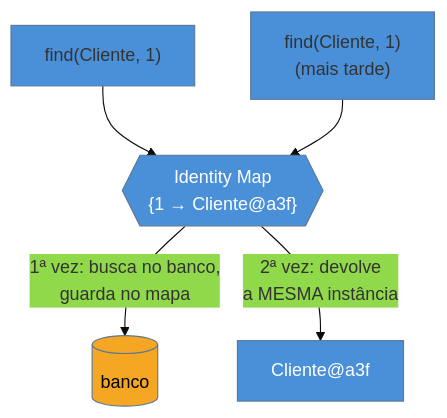
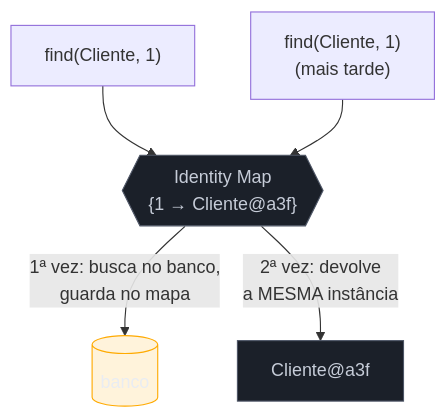
One commit to josenaldo/codex-technomanticus changed the diagram in 03-Dominios/Engenharia/Design de Software/Padrões de Projeto/Acesso a Dados/11 - Identity Map.md. Above: the diagram before and after it, drawn with Mermaid. The commit also changed 1181 other files, not shown here.

First line of the commit message:
fix(diagramas): paleta do sistema no lugar de cor cravada no markdown

````diff
--- a/03-Dominios/Engenharia/Design de Software/Padrões de Projeto/Acesso a Dados/11 - Identity Map.md
+++ b/03-Dominios/Engenharia/Design de Software/Padrões de Projeto/Acesso a Dados/11 - Identity Map.md
@@ -35,13 +35,14 @@
 ```mermaid
-%%{init: {"theme": "base", "themeVariables": {"primaryColor": "#4A90D9"}}}%%
 graph TD
+    classDef neutro fill:#1B2029,stroke:#4E5666,color:#C6CCD8
+    classDef destaque fill:#FFAA0024,stroke:#FFAA00,color:#E9ECF2
     A["find(Cliente, 1)"] --> IM
     B["find(Cliente, 1)<br/>(mais tarde)"] --> IM
     IM{{"Identity Map<br/>{1 → Cliente@a3f}"}}
     IM -->|"1ª vez: busca no banco,<br/>guarda no mapa"| DB[("banco")]
     IM -->|"2ª vez: devolve<br/>a MESMA instância"| SAME["Cliente@a3f"]
 
-    style IM fill:#4A90D9,color:#fff
-    style SAME fill:#4A90D9,color:#fff
-    style DB fill:#F5A623,color:#000
+    class IM neutro
+    class SAME neutro
+    class DB destaque
 ```
````
